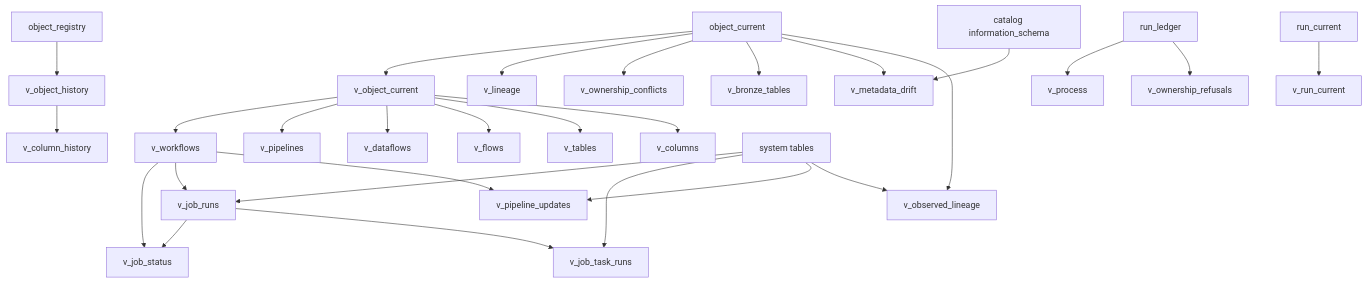
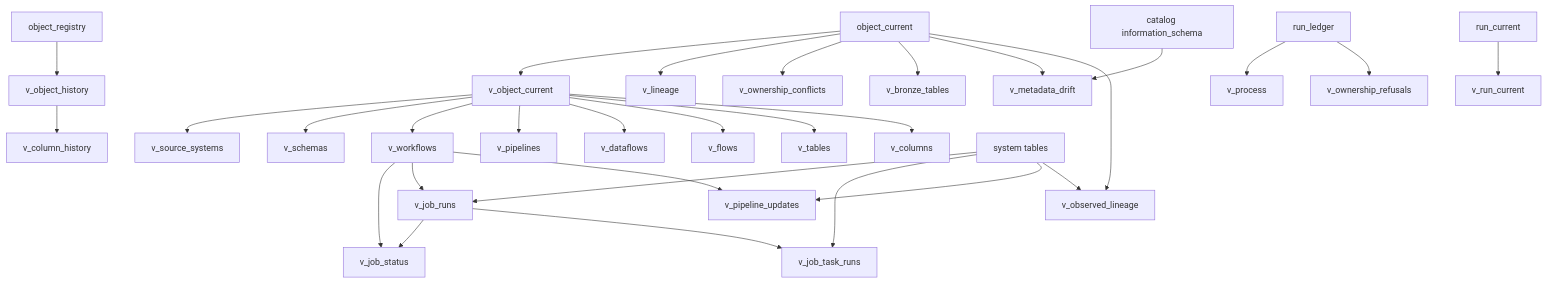
Before and after one commit to NitinKeshavB/framework: the ninth of 9 diagrams in framework_docs/ARCHITECTURE.md, drawn with Mermaid. The commit also changed other lines of this file and 17 other files, not shown here.

First line of the commit message:
Load source, schema, and spec metadata as SCD Type 2 at deploy and tag schemas, tables, and jobs

````diff
--- a/framework_docs/ARCHITECTURE.md
+++ b/framework_docs/ARCHITECTURE.md
@@ -350,30 +372,32 @@
 ```mermaid
 flowchart TD
   object_registry --> v_object_history
   object_current --> v_object_current
+  v_object_current --> v_source_systems
+  v_object_current --> v_schemas
   object_current --> v_lineage
   object_current --> v_ownership_conflicts
   object_current --> v_bronze_tables
   object_current --> v_metadata_drift
   information_schema[catalog information_schema] --> v_metadata_drift
   v_object_current --> v_workflows
   v_object_current --> v_pipelines
   v_object_current --> v_dataflows
   v_object_current --> v_flows
   v_object_current --> v_tables
   v_object_current --> v_columns
   v_object_history --> v_column_history
   run_ledger --> v_process
   run_ledger --> v_ownership_refusals
   run_current --> v_run_current
   v_workflows --> v_job_status
   v_job_runs --> v_job_status
   v_workflows --> v_job_runs
   v_workflows --> v_pipeline_updates
   v_job_runs --> v_job_task_runs
   object_current --> v_observed_lineage
   system_tables[system tables] --> v_job_runs
   system_tables --> v_job_task_runs
   system_tables --> v_pipeline_updates
   system_tables --> v_observed_lineage
 ```
````
